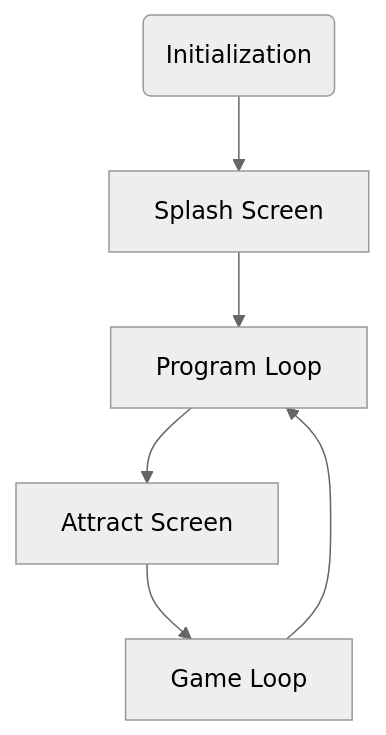
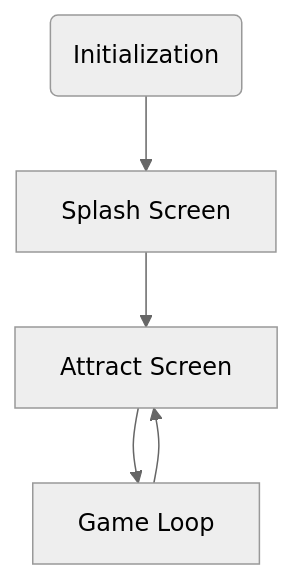
Before and after one commit to peteshobby/GameTemplate: the diagram in README.md, drawn with Mermaid (neutral theme). The commit also changed 11 other files, not shown here.

````diff
--- a/README.md
+++ b/README.md
@@ -14,8 +14,7 @@
 ```mermaid
 graph TD;
     A(Initialization)-->B[Splash Screen];
-    B-->C[Program Loop];
-    C-->D[Attract Screen];
-    D-->E[Game Loop];
-    E-->C;
+    B-->C[Attract Screen];
+    C-->D[Game Loop];
+    D-->C;
 ```
````
